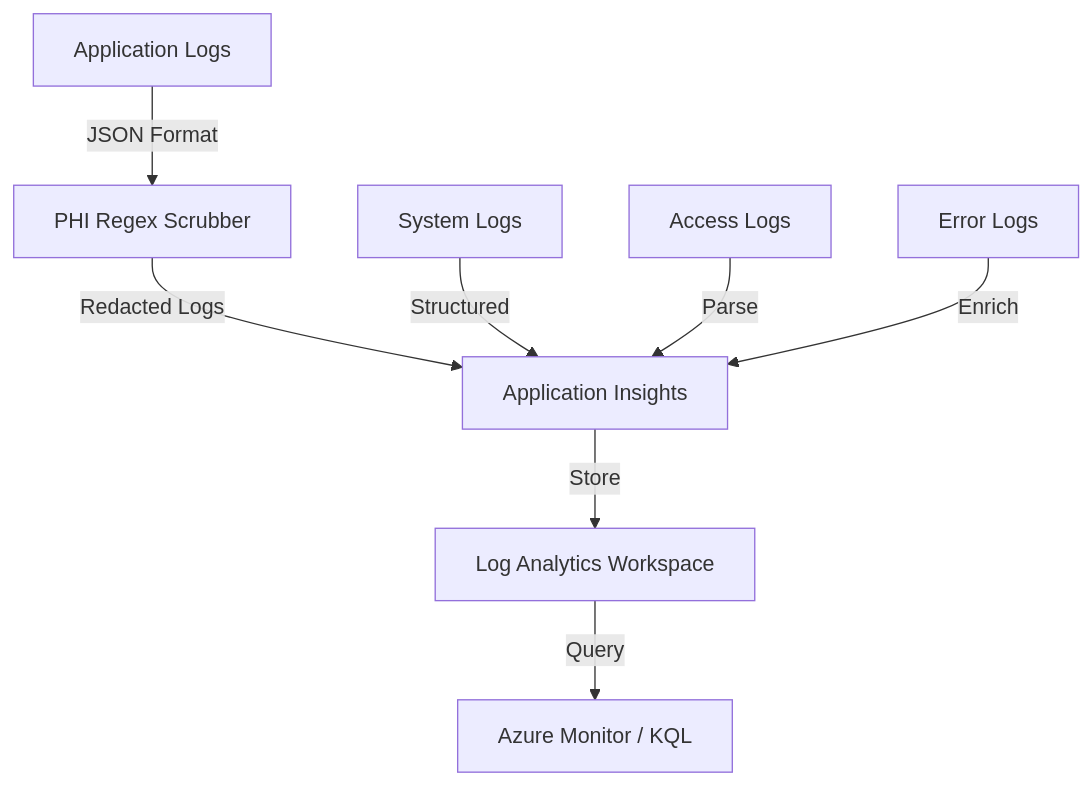
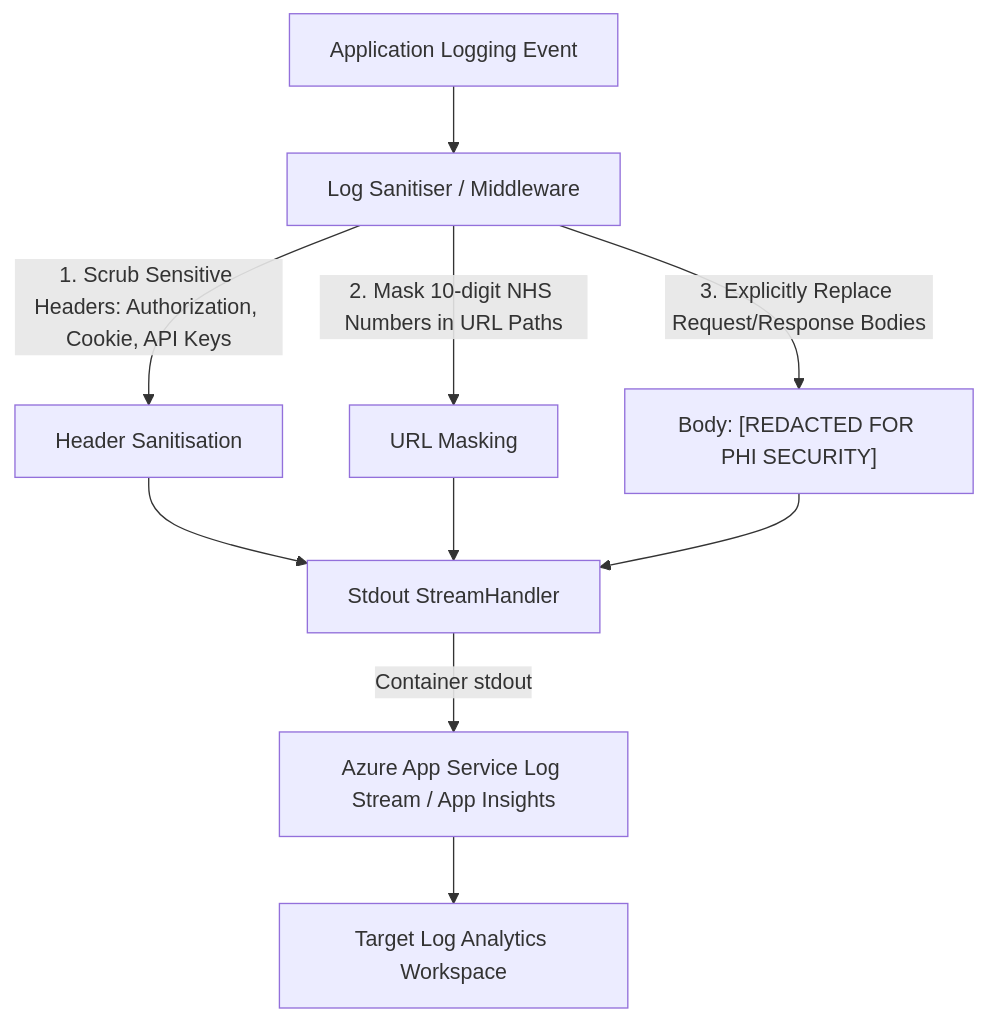
Before and after one commit to UCLH-Digital-Innovation-Hub/Xhuma: the fourth of 9 diagrams in docs/architecture/data_flow.md, drawn with Mermaid. The commit also changed other lines of this file and 13 other files, not shown here.

````diff
--- a/docs/architecture/data_flow.md
+++ b/docs/architecture/data_flow.md
@@ -53,11 +72,14 @@
 ```mermaid
 flowchart TD
-    A[Application Logs] -->|JSON Format| B[PHI Regex Scrubber]
-    B -->|Redacted Logs| C[Application Insights]
-    C -->|Store| D[Log Analytics Workspace]
-    D -->|Query| E[Azure Monitor / KQL]
-
-    F[System Logs] -->|Structured| C
-    G[Access Logs] -->|Parse| C
-    H[Error Logs] -->|Enrich| C
+    LogCall[Application Logging Event] --> Sanitiser[Log Sanitiser / Middleware]
+    Sanitiser -->|1. Scrub Sensitive Headers: Authorization, Cookie, API Keys| CleanHeaders[Header Sanitisation]
+    Sanitiser -->|2. Mask 10-digit NHS Numbers in URL Paths| RedactURL[URL Masking]
+    Sanitiser -->|3. Explicitly Replace Request/Response Bodies| RedactBody["Body: [REDACTED FOR PHI SECURITY]"]
+    
+    CleanHeaders --> OutStream[Stdout StreamHandler]
+    RedactURL --> OutStream
+    RedactBody --> OutStream
+    
+    OutStream -->|Container stdout| LogStream[Azure App Service Log Stream / App Insights]
+    LogStream --> LAW[Target Log Analytics Workspace]
 ```
````
